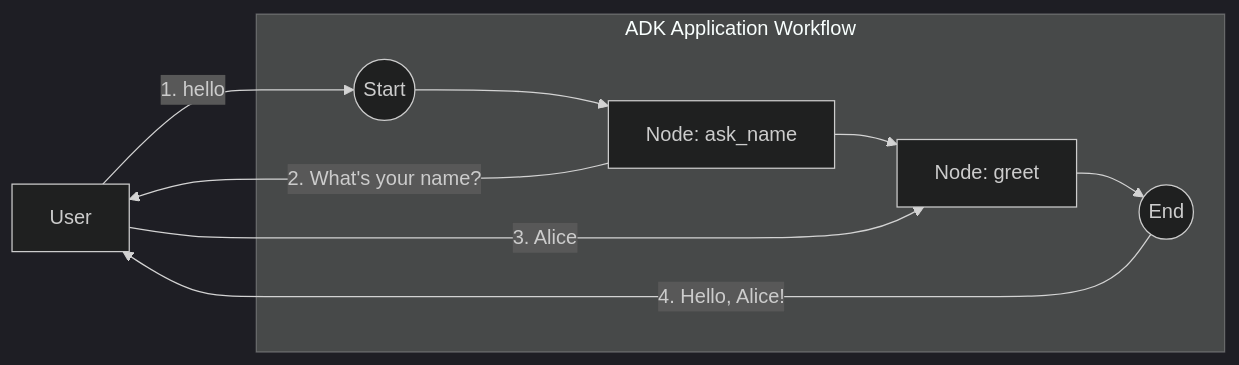
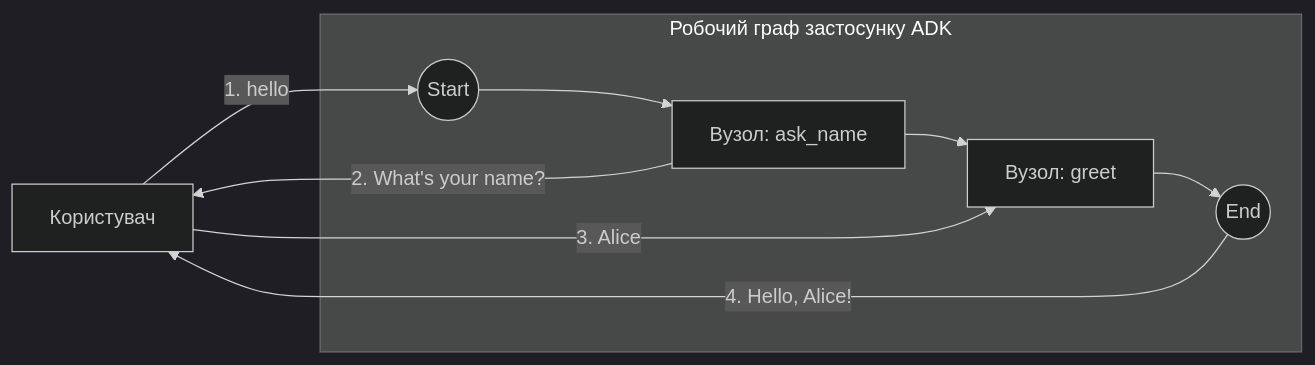
Before and after one commit to EugeneZaharchenko/ai-ae-labs: the diagram in demo/4_adk_examples/hitl_simple/README.md, drawn with Mermaid (dark theme). The commit also changed other lines of this file and 23 other files, not shown here.

````diff
--- a/demo/4_adk_examples/hitl_simple/README.md
+++ b/demo/4_adk_examples/hitl_simple/README.md
@@ -16,13 +16,13 @@
 ```mermaid
 graph LR
-    User[User]
-    subgraph "ADK Application Workflow"
-        Start((Start)) --> N1[Node: ask_name]
-        N1 --> N2[Node: greet]
+    User[Користувач]
+    subgraph "Робочий граф застосунку ADK"
+        Start((Start)) --> N1[Вузол: ask_name]
+        N1 --> N2[Вузол: greet]
         N2 --> End((End))
     end
     User -- "1. hello" --> Start
     N1 -- "2. What's your name?" --> User
     User -- "3. Alice" --> N2
     End -- "4. Hello, Alice!" --> User
 ```
````
